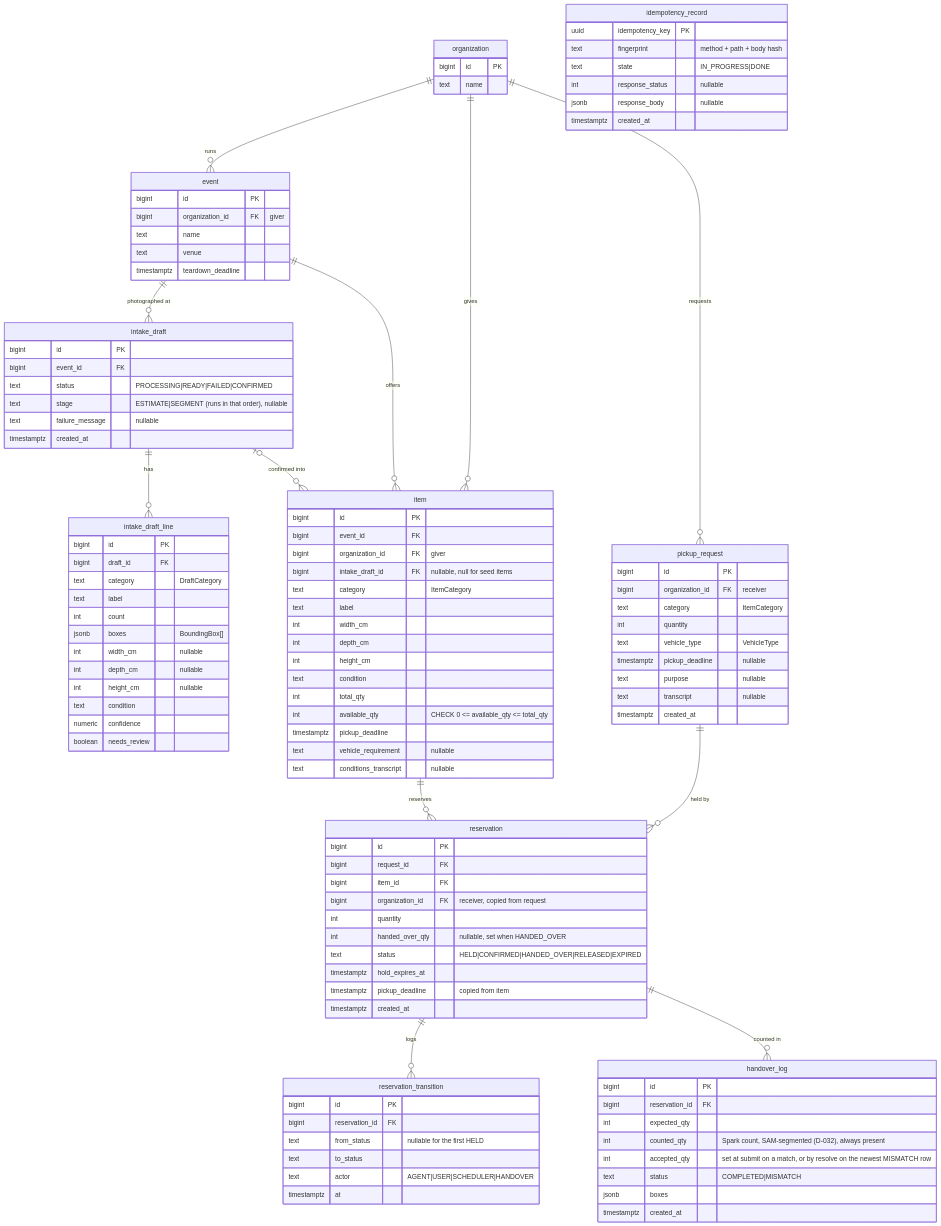
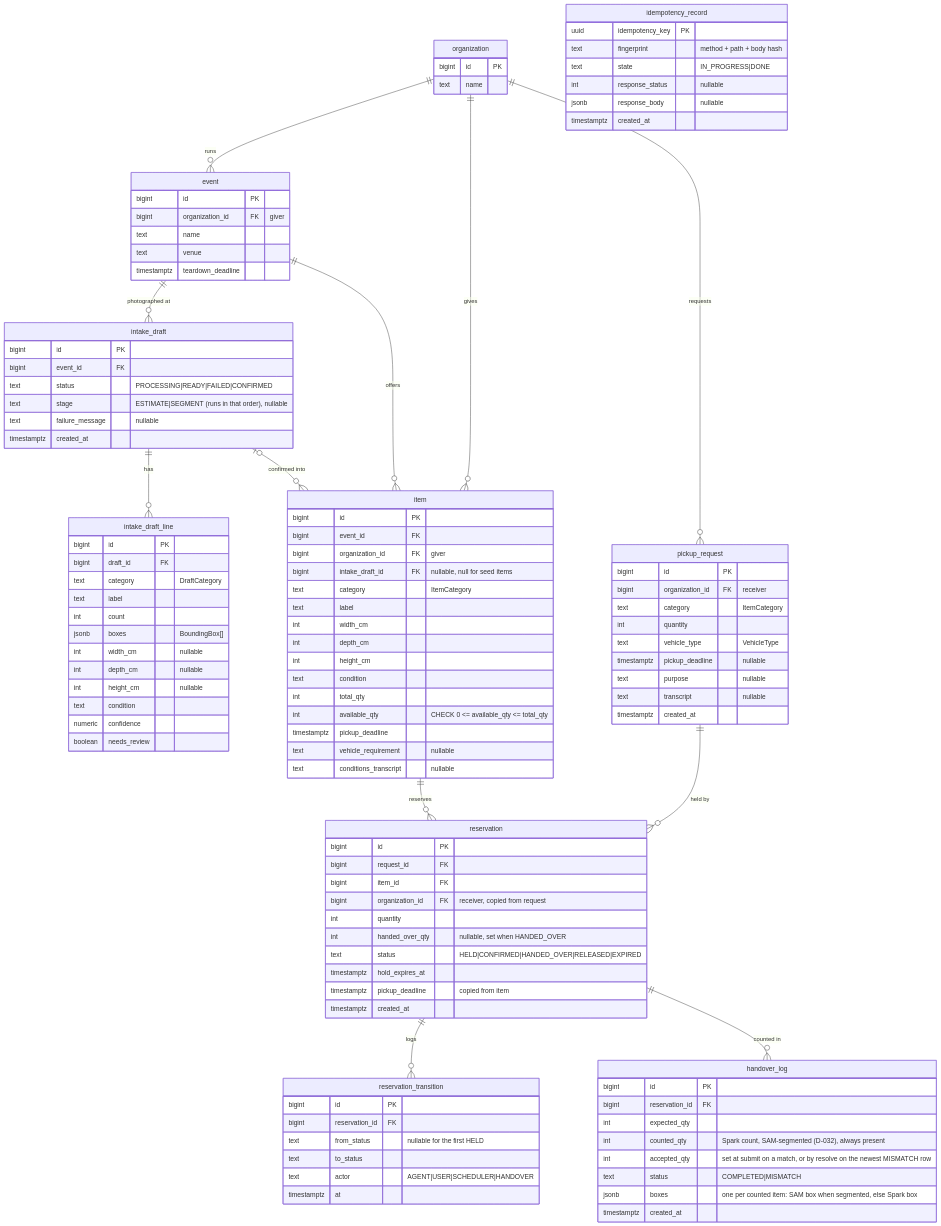
Before and after one commit to afterbooth/after-booth: the diagram in docs/ERD.md, drawn with Mermaid. The commit also changed other lines of this file and 6 other files, not shown here.

First line of the commit message:
docs: align spec, readme, agents and erd with contract 0.2.0

```diff
--- a/docs/ERD.md
+++ b/docs/ERD.md
@@ -104,7 +104,7 @@
         int counted_qty "Spark count, SAM-segmented (D-032), always present"
         int accepted_qty "set at submit on a match, or by resolve on the newest MISMATCH row"
         text status "COMPLETED|MISMATCH"
-        jsonb boxes
+        jsonb boxes "one per counted item: SAM box when segmented, else Spark box"
         timestamptz created_at
     }
     idempotency_record {
```
